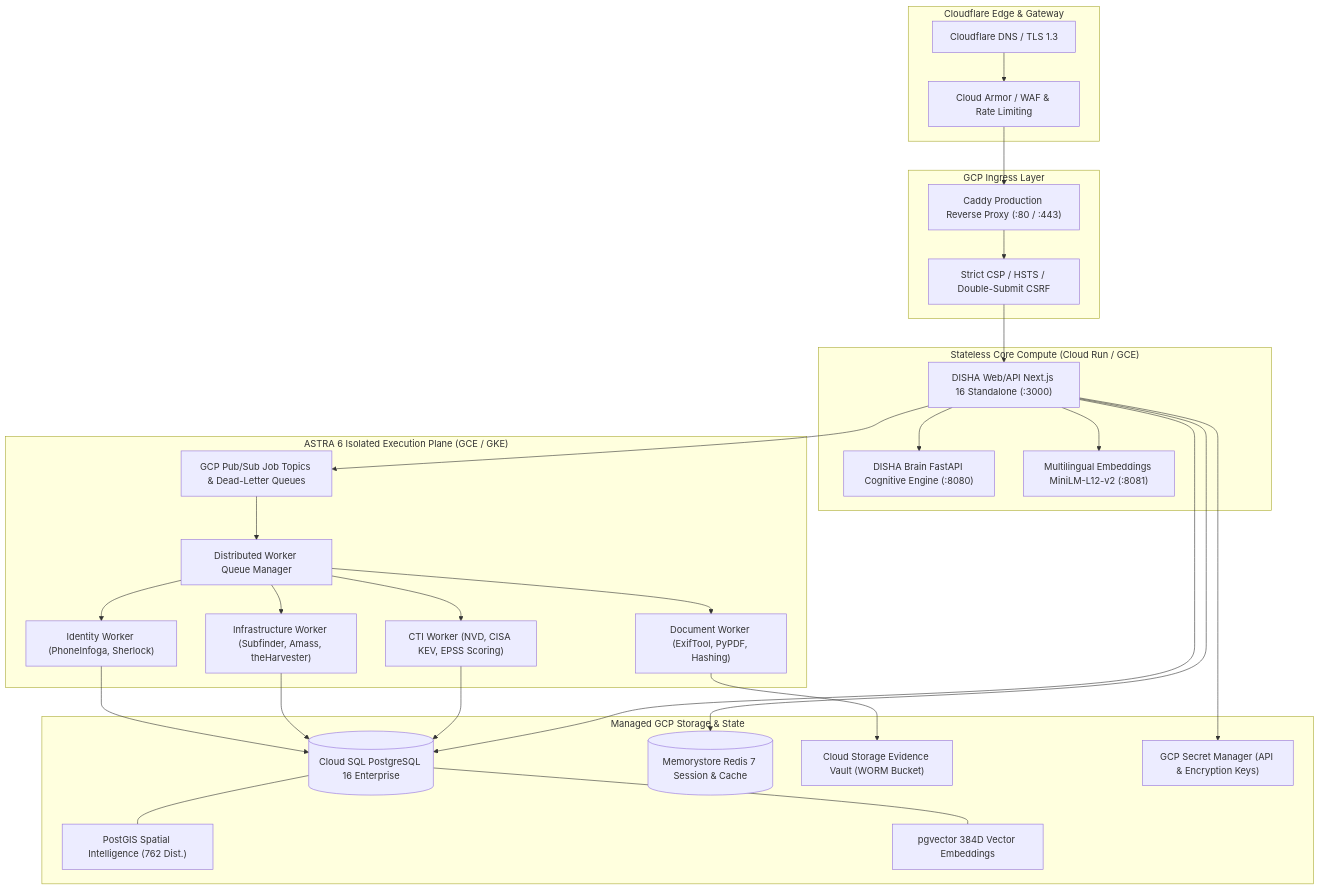
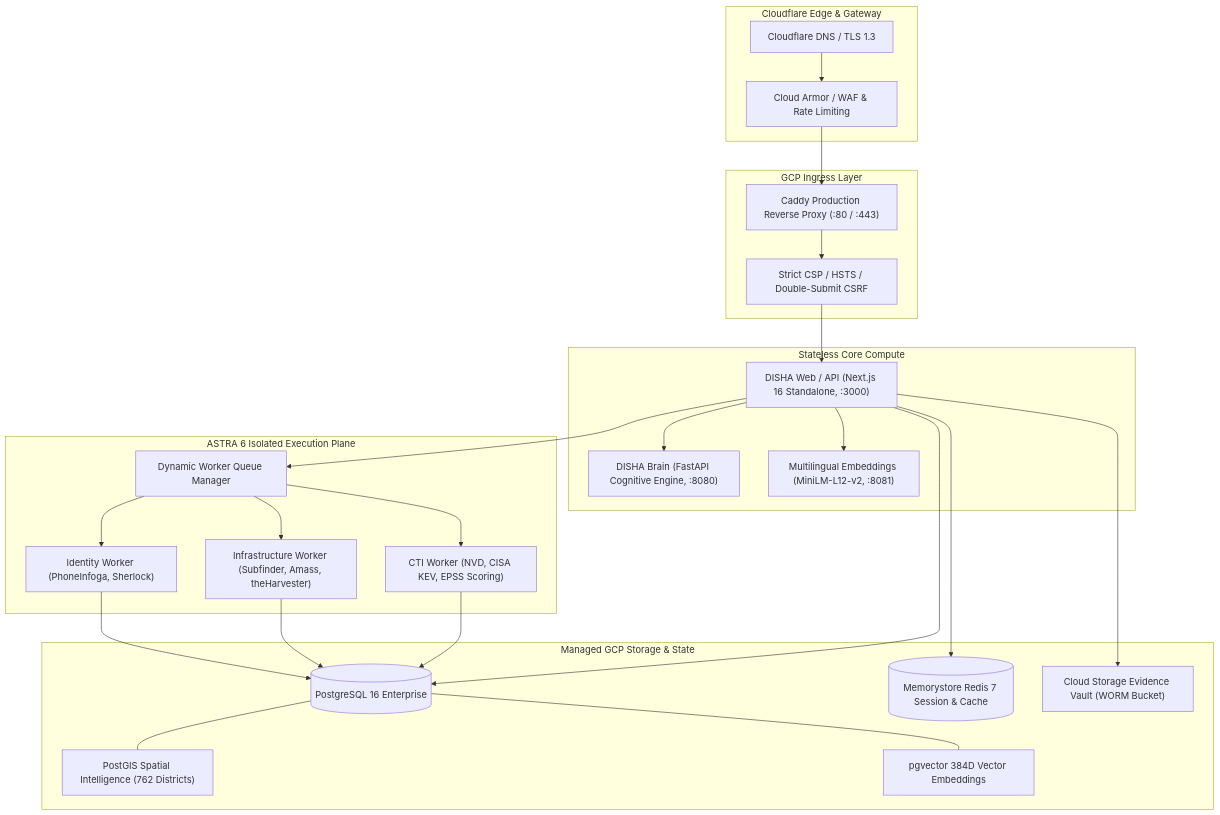
One commit to Tashima-Tarsh/Disha6.6 changed the diagram in README.md. Above: the diagram before and after it, drawn with Mermaid. The commit also changed other lines of this file and 3 other files, not shown here.

````diff
--- a/README.md
+++ b/README.md
@@ -68,54 +83,49 @@
 ```mermaid
 flowchart TB
     subgraph Edge ["Cloudflare Edge & Gateway"]
         CF_DNS["Cloudflare DNS / TLS 1.3"]
         CF_WAF["Cloud Armor / WAF & Rate Limiting"]
     end
 
     subgraph Ingress ["GCP Ingress Layer"]
         Caddy["Caddy Production Reverse Proxy (:80 / :443)"]
         SecHeaders["Strict CSP / HSTS / Double-Submit CSRF"]
     end
 
-    subgraph AppLayer ["Stateless Core Compute (Cloud Run / GCE)"]
-        Web["DISHA Web/API Next.js 16 Standalone (:3000)"]
-        Brain["DISHA Brain FastAPI Cognitive Engine (:8080)"]
-        Embed["Multilingual Embeddings MiniLM-L12-v2 (:8081)"]
+    subgraph AppLayer ["Stateless Core Compute"]
+        Web["DISHA Web / API (Next.js 16 Standalone, :3000)"]
+        Brain["DISHA Brain (FastAPI Cognitive Engine, :8080)"]
+        Embed["Multilingual Embeddings (MiniLM-L12-v2, :8081)"]
     end
 
-    subgraph WorkerPlane ["ASTRA 6 Isolated Execution Plane (GCE / GKE)"]
-        PubSub["GCP Pub/Sub Job Topics & Dead-Letter Queues"]
-        WorkerQueue["Distributed Worker Queue Manager"]
+    subgraph WorkerPlane ["ASTRA 6 Isolated Execution Plane"]
+        DynamicWorker["Dynamic Worker Queue Manager"]
         IdWorker["Identity Worker (PhoneInfoga, Sherlock)"]
         InfraWorker["Infrastructure Worker (Subfinder, Amass, theHarvester)"]
-        DocWorker["Document Worker (ExifTool, PyPDF, Hashing)"]
         CtiWorker["CTI Worker (NVD, CISA KEV, EPSS Scoring)"]
     end
 
     subgraph Persistence ["Managed GCP Storage & State"]
-        CloudSQL[("Cloud SQL PostgreSQL 16 Enterprise")]
-        PostGIS["PostGIS Spatial Intelligence (762 Dist.)"]
+        CloudSQL[("PostgreSQL 16 Enterprise")]
+        PostGIS["PostGIS Spatial Intelligence (762 Districts)"]
         PgVector["pgvector 384D Vector Embeddings"]
         Redis[("Memorystore Redis 7 Session & Cache")]
         VaultBucket["Cloud Storage Evidence Vault (WORM Bucket)"]
-        Secrets["GCP Secret Manager (API & Encryption Keys)"]
     end
 
     CF_DNS --> CF_WAF --> Caddy --> SecHeaders --> Web
     Web --> Brain
     Web --> Embed
-    Web --> PubSub --> WorkerQueue
-    WorkerQueue --> IdWorker
-    WorkerQueue --> InfraWorker
-    WorkerQueue --> DocWorker
-    WorkerQueue --> CtiWorker
+    Web --> DynamicWorker
+    DynamicWorker --> IdWorker
+    DynamicWorker --> InfraWorker
+    DynamicWorker --> CtiWorker
     IdWorker --> CloudSQL
     InfraWorker --> CloudSQL
-    DocWorker --> VaultBucket
     CtiWorker --> CloudSQL
     Web --> CloudSQL
     Web --> Redis
     CloudSQL --- PostGIS
     CloudSQL --- PgVector
-    Web --> Secrets
+    Web --> VaultBucket
 ```
````
